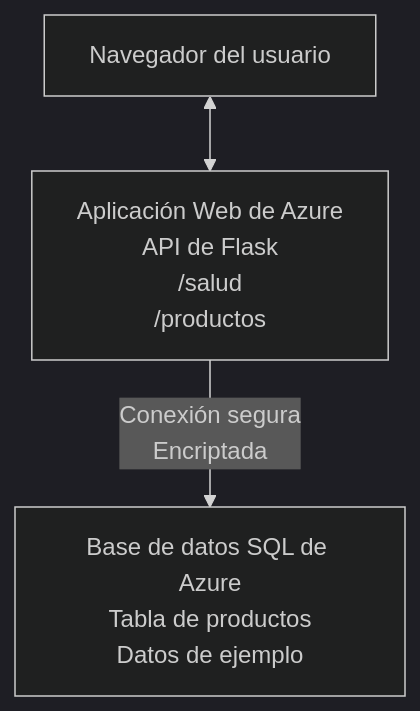
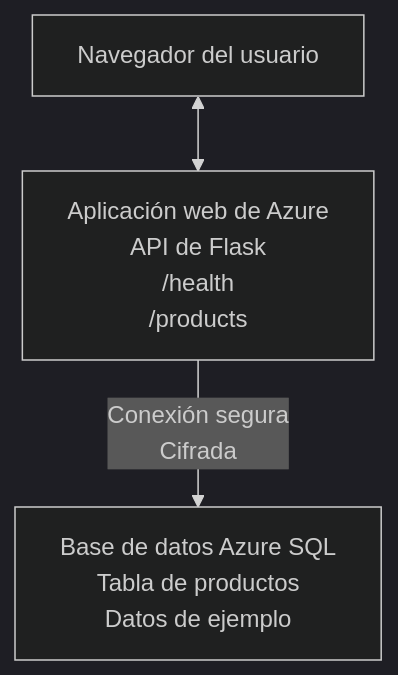
One commit to microsoft/AZD-for-beginners changed the diagram in translations/es/examples/database-app/README.md. Above: the diagram before and after it, drawn with Mermaid (dark theme). The commit also changed other lines of this file and 99 other files, not shown here.

````diff
--- a/translations/es/examples/database-app/README.md
+++ b/translations/es/examples/database-app/README.md
@@ -72,5 +72,5 @@
 ```mermaid
 graph TD
-    Browser[Navegador del usuario] <--> WebApp[Aplicación Web de Azure<br/>API de Flask<br/>/salud<br/>/productos]
-    WebApp -- Conexión segura<br/>Encriptada --> SQL[Base de datos SQL de Azure<br/>Tabla de productos<br/>Datos de ejemplo]
+    Browser[Navegador del usuario] <--> WebApp[Aplicación web de Azure<br/>API de Flask<br/>/health<br/>/products]
+    WebApp -- Conexión segura<br/>Cifrada --> SQL[Base de datos Azure SQL<br/>Tabla de productos<br/>Datos de ejemplo]
 ```
````
